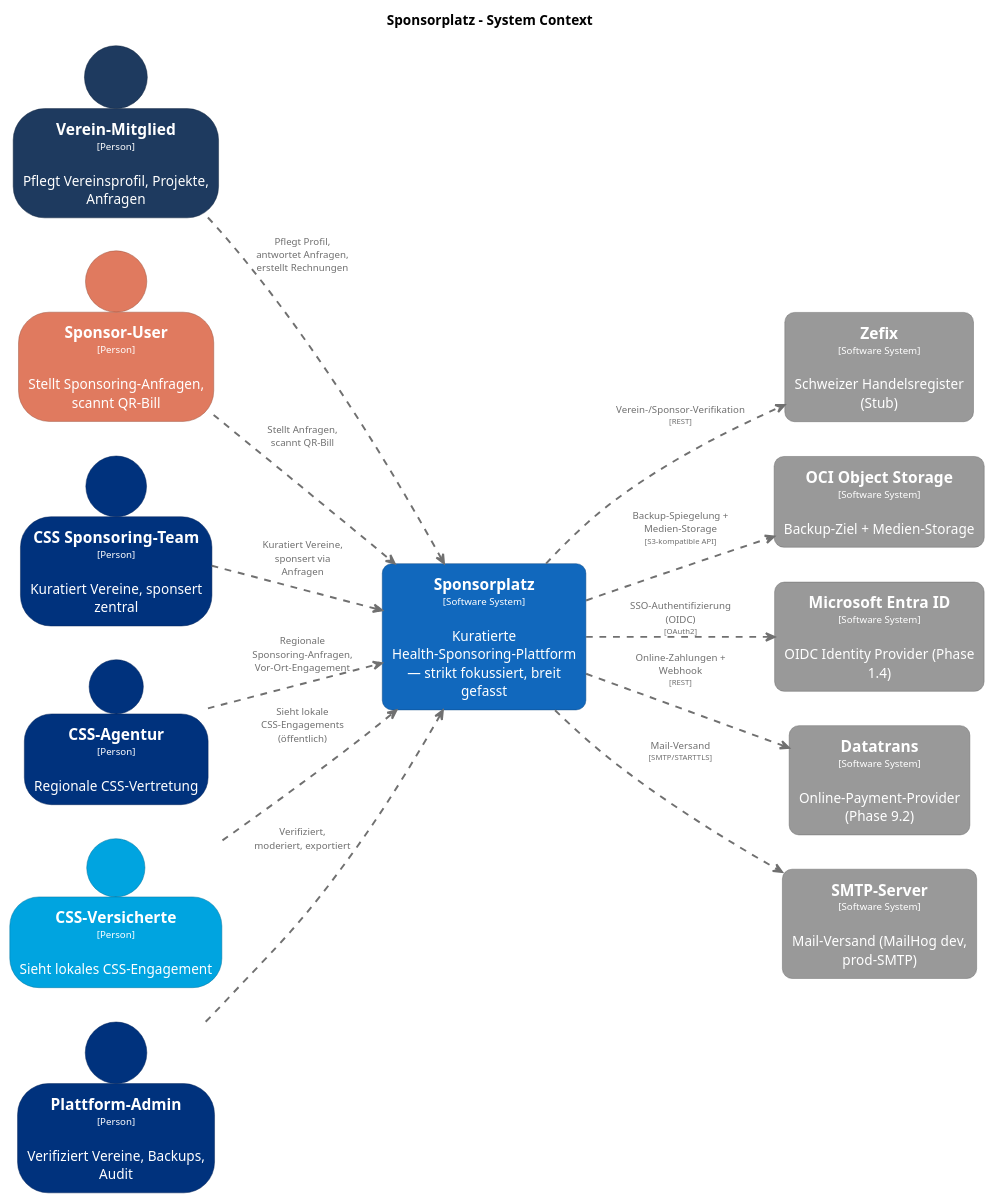
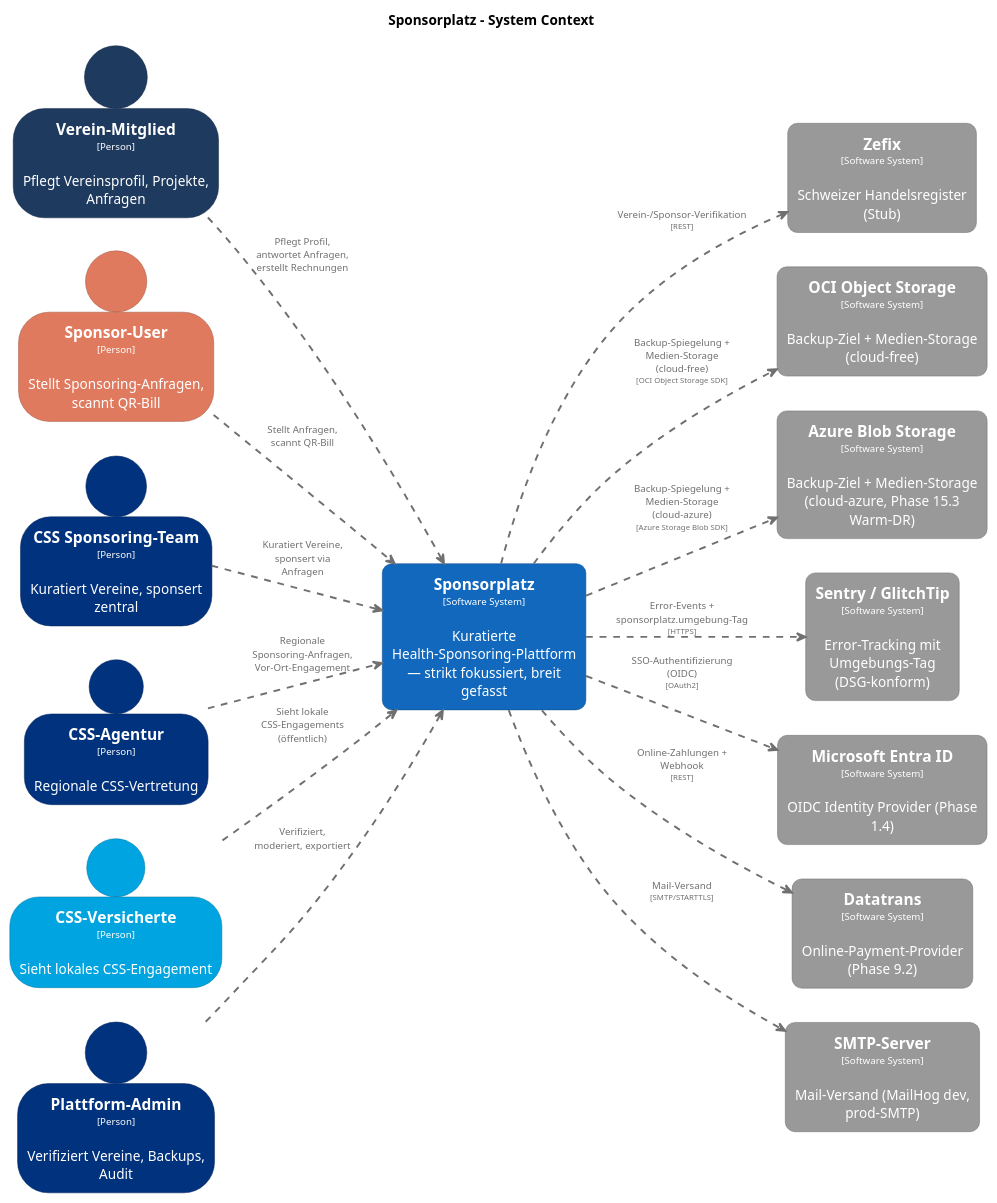
The diagram in docs/architektur/diagramme/structurizr-C1_SystemContext.puml (fabianAschwanden/sponsorplatz), drawn with PlantUML before and after one commit. The commit also changed 5 other files, not shown here.

Commit message:
docs(architektur): rerender Diagramme aus workspace.dsl

```diff
--- a/docs/architektur/diagramme/structurizr-C1_SystemContext.puml
+++ b/docs/architektur/diagramme/structurizr-C1_SystemContext.puml
@@ -1,119 +1,137 @@
 @startuml
 set separator none
 title Sponsorplatz - System Context
 
 left to right direction
 
 skinparam {
   arrowFontSize 10
   defaultTextAlignment center
   wrapWidth 200
   maxMessageSize 100
 }
 
 hide stereotype
 
+skinparam rectangle<<AzureBlobStorage>> {
+  BackgroundColor #999999
+  FontColor #ffffff
+  BorderColor #6b6b6b
+  roundCorner 20
+  shadowing false
+}
 skinparam person<<CSSSponsoringTeam>> {
   BackgroundColor #00327d
   FontColor #ffffff
   BorderColor #002357
   shadowing false
 }
 skinparam person<<CSSAgentur>> {
   BackgroundColor #00327d
   FontColor #ffffff
   BorderColor #002357
   shadowing false
 }
 skinparam person<<CSSVersicherte>> {
   BackgroundColor #00a4e0
   FontColor #ffffff
   BorderColor #00729c
   shadowing false
 }
 skinparam rectangle<<Datatrans>> {
   BackgroundColor #999999
   FontColor #ffffff
   BorderColor #6b6b6b
   roundCorner 20
   shadowing false
 }
 skinparam rectangle<<MicrosoftEntraID>> {
   BackgroundColor #999999
   FontColor #ffffff
   BorderColor #6b6b6b
   roundCorner 20
   shadowing false
 }
 skinparam rectangle<<OCIObjectStorage>> {
   BackgroundColor #999999
   FontColor #ffffff
   BorderColor #6b6b6b
   roundCorner 20
   shadowing false
 }
 skinparam person<<PlattformAdmin>> {
   BackgroundColor #00327d
   FontColor #ffffff
   BorderColor #002357
   shadowing false
 }
 skinparam rectangle<<SMTPServer>> {
   BackgroundColor #999999
   FontColor #ffffff
   BorderColor #6b6b6b
   roundCorner 20
   shadowing false
 }
+skinparam rectangle<<SentryGlitchTip>> {
+  BackgroundColor #999999
+  FontColor #ffffff
+  BorderColor #6b6b6b
+  roundCorner 20
+  shadowing false
+}
 skinparam person<<SponsorUser>> {
   BackgroundColor #e07a5f
   FontColor #ffffff
   BorderColor #9c5542
   shadowing false
 }
 skinparam rectangle<<Sponsorplatz>> {
   BackgroundColor #1168bd
   FontColor #ffffff
   BorderColor #0b4884
   roundCorner 20
   shadowing false
 }
 skinparam person<<VereinMitglied>> {
   BackgroundColor #1e3a5f
   FontColor #ffffff
   BorderColor #152842
   shadowing false
 }
 skinparam rectangle<<Zefix>> {
   BackgroundColor #999999
   FontColor #ffffff
   BorderColor #6b6b6b
   roundCorner 20
   shadowing false
 }
 
 person "==Verein-Mitglied\n<size:10>[Person]</size>\n\nPflegt Vereinsprofil, Projekte, Anfragen" <<VereinMitglied>> as VereinMitglied
 rectangle "==Zefix\n<size:10>[Software System]</size>\n\nSchweizer Handelsregister (Stub)" <<Zefix>> as Zefix
-rectangle "==OCI Object Storage\n<size:10>[Software System]</size>\n\nBackup-Ziel + Medien-Storage" <<OCIObjectStorage>> as OCIObjectStorage
+rectangle "==OCI Object Storage\n<size:10>[Software System]</size>\n\nBackup-Ziel + Medien-Storage (cloud-free)" <<OCIObjectStorage>> as OCIObjectStorage
+rectangle "==Azure Blob Storage\n<size:10>[Software System]</size>\n\nBackup-Ziel + Medien-Storage (cloud-azure, Phase 15.3 Warm-DR)" <<AzureBlobStorage>> as AzureBlobStorage
+rectangle "==Sentry / GlitchTip\n<size:10>[Software System]</size>\n\nError-Tracking mit Umgebungs-Tag (DSG-konform)" <<SentryGlitchTip>> as SentryGlitchTip
 rectangle "==Sponsorplatz\n<size:10>[Software System]</size>\n\nKuratierte Health-Sponsoring-Plattform — strikt fokussiert, breit gefasst" <<Sponsorplatz>> as Sponsorplatz
 person "==Sponsor-User\n<size:10>[Person]</size>\n\nStellt Sponsoring-Anfragen, scannt QR-Bill" <<SponsorUser>> as SponsorUser
 person "==CSS Sponsoring-Team\n<size:10>[Person]</size>\n\nKuratiert Vereine, sponsert zentral" <<CSSSponsoringTeam>> as CSSSponsoringTeam
 person "==CSS-Agentur\n<size:10>[Person]</size>\n\nRegionale CSS-Vertretung" <<CSSAgentur>> as CSSAgentur
 person "==CSS-Versicherte\n<size:10>[Person]</size>\n\nSieht lokales CSS-Engagement" <<CSSVersicherte>> as CSSVersicherte
 person "==Plattform-Admin\n<size:10>[Person]</size>\n\nVerifiziert Vereine, Backups, Audit" <<PlattformAdmin>> as PlattformAdmin
 rectangle "==Microsoft Entra ID\n<size:10>[Software System]</size>\n\nOIDC Identity Provider (Phase 1.4)" <<MicrosoftEntraID>> as MicrosoftEntraID
 rectangle "==Datatrans\n<size:10>[Software System]</size>\n\nOnline-Payment-Provider (Phase 9.2)" <<Datatrans>> as Datatrans
 rectangle "==SMTP-Server\n<size:10>[Software System]</size>\n\nMail-Versand (MailHog dev, prod-SMTP)" <<SMTPServer>> as SMTPServer
 
 VereinMitglied .[#707070,thickness=2].> Sponsorplatz : "<color:#707070>Pflegt Profil, antwortet Anfragen, erstellt Rechnungen"
 SponsorUser .[#707070,thickness=2].> Sponsorplatz : "<color:#707070>Stellt Anfragen, scannt QR-Bill"
 CSSSponsoringTeam .[#707070,thickness=2].> Sponsorplatz : "<color:#707070>Kuratiert Vereine, sponsert via Anfragen"
 CSSAgentur .[#707070,thickness=2].> Sponsorplatz : "<color:#707070>Regionale Sponsoring-Anfragen, Vor-Ort-Engagement"
 CSSVersicherte .[#707070,thickness=2].> Sponsorplatz : "<color:#707070>Sieht lokale CSS-Engagements (öffentlich)"
 PlattformAdmin .[#707070,thickness=2].> Sponsorplatz : "<color:#707070>Verifiziert, moderiert, exportiert"
 Sponsorplatz .[#707070,thickness=2].> MicrosoftEntraID : "<color:#707070>SSO-Authentifizierung (OIDC)\n<color:#707070><size:8>[OAuth2]</size>"
 Sponsorplatz .[#707070,thickness=2].> Datatrans : "<color:#707070>Online-Zahlungen + Webhook\n<color:#707070><size:8>[REST]</size>"
 Sponsorplatz .[#707070,thickness=2].> SMTPServer : "<color:#707070>Mail-Versand\n<color:#707070><size:8>[SMTP/STARTTLS]</size>"
 Sponsorplatz .[#707070,thickness=2].> Zefix : "<color:#707070>Verein-/Sponsor-Verifikation\n<color:#707070><size:8>[REST]</size>"
-Sponsorplatz .[#707070,thickness=2].> OCIObjectStorage : "<color:#707070>Backup-Spiegelung + Medien-Storage\n<color:#707070><size:8>[S3-kompatible API]</size>"
+Sponsorplatz .[#707070,thickness=2].> OCIObjectStorage : "<color:#707070>Backup-Spiegelung + Medien-Storage (cloud-free)\n<color:#707070><size:8>[OCI Object Storage SDK]</size>"
+Sponsorplatz .[#707070,thickness=2].> AzureBlobStorage : "<color:#707070>Backup-Spiegelung + Medien-Storage (cloud-azure)\n<color:#707070><size:8>[Azure Storage Blob SDK]</size>"
+Sponsorplatz .[#707070,thickness=2].> SentryGlitchTip : "<color:#707070>Error-Events + sponsorplatz.umgebung-Tag\n<color:#707070><size:8>[HTTPS]</size>"
 @enduml
```
